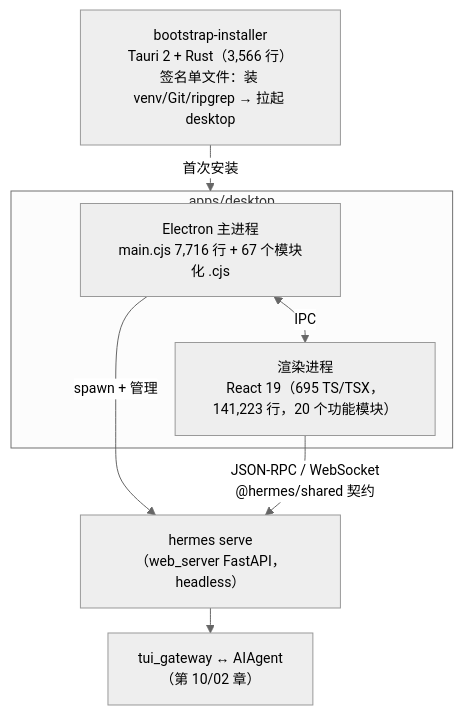
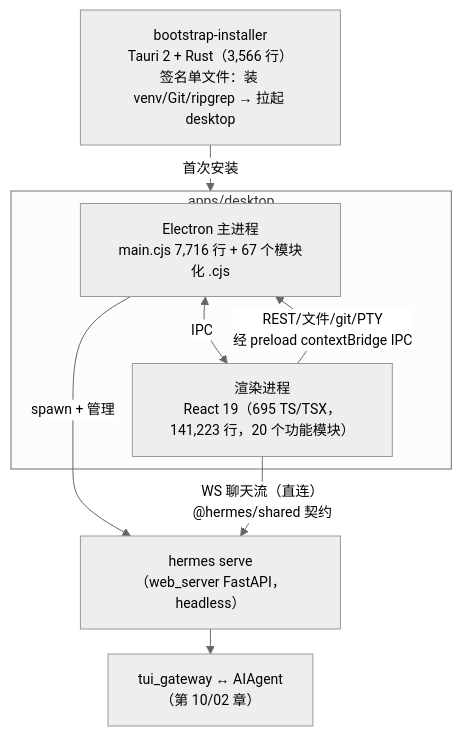
The diagram in docs/zh/drafts/14-桌面应用-draft.md (fang-lin/hermes-agent-code-analysis), drawn with Mermaid before and after one commit. The commit also changed other lines of this file, not shown here.

Commit message:
14 章草稿深度补充：六层后端解析/进程池/双轨自更新/帧格式/重连归属纠正/AT+RT 认证/preload 边界

````diff
--- a/docs/zh/drafts/14-桌面应用-draft.md
+++ b/docs/zh/drafts/14-桌面应用-draft.md
@@ -60,14 +64,15 @@
 ```mermaid
 %%{init: {"theme": "neutral", "themeVariables": {"fontSize": "14px"}, "flowchart": {"nodeSpacing": 15, "rankSpacing": 25}}}%%
 flowchart TD
     BOOT["bootstrap-installer<br/>Tauri 2 + Rust（3,566 行）<br/>签名单文件：装 venv/Git/ripgrep → 拉起 desktop"]
     BOOT -->|首次安装| DESK
     subgraph DESK ["apps/desktop"]
         MAIN["Electron 主进程<br/>main.cjs 7,716 行 + 67 个模块化 .cjs"]
         REND["渲染进程<br/>React 19（695 TS/TSX，141,223 行，20 个功能模块）"]
         MAIN <-->|IPC| REND
     end
     MAIN -->|"spawn + 管理"| BE["hermes serve<br/>（web_server FastAPI，headless）"]
-    REND -->|"JSON-RPC / WebSocket<br/>@hermes/shared 契约"| BE
+    REND -->|"WS 聊天流（直连）<br/>@hermes/shared 契约"| BE
+    REND -->|"REST/文件/git/PTY<br/>经 preload contextBridge IPC"| MAIN
     BE --> AGENT["tui_gateway ↔ AIAgent<br/>（第 10/02 章）"]
 ```
````
